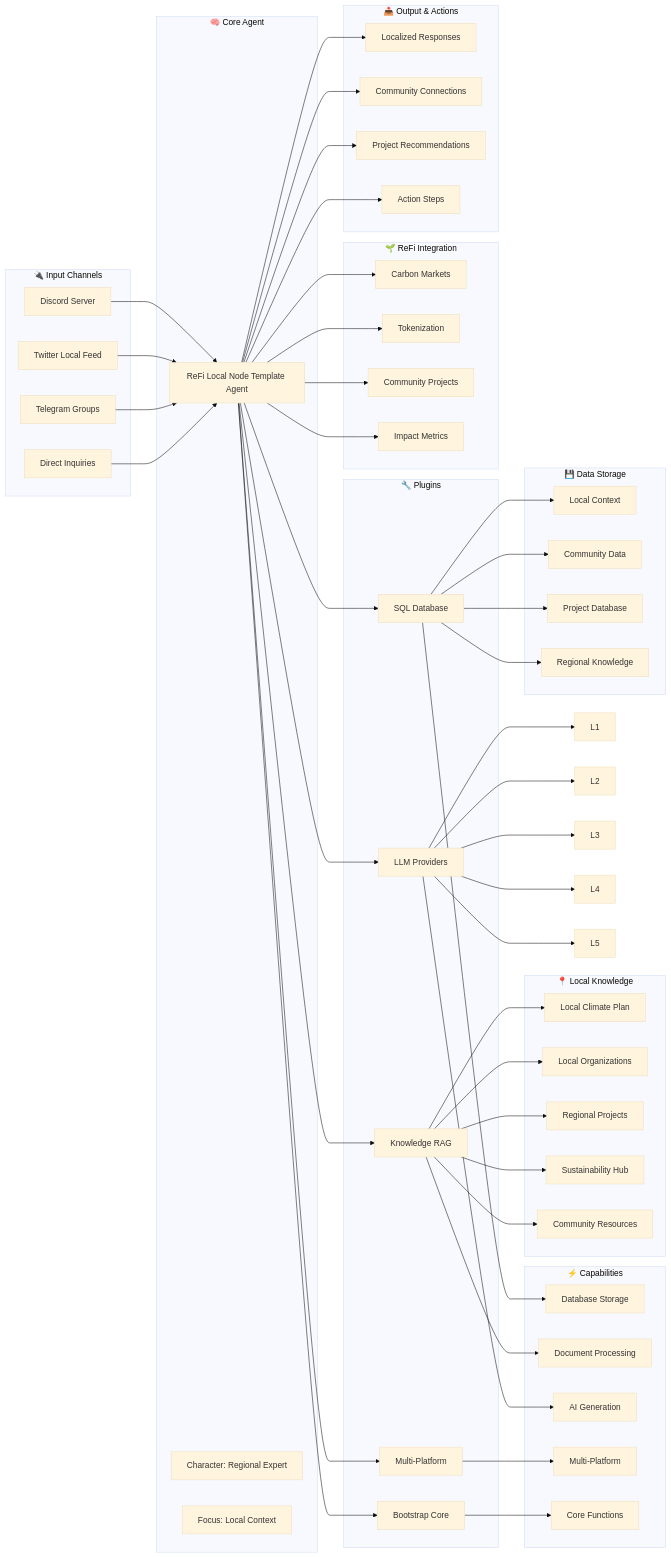
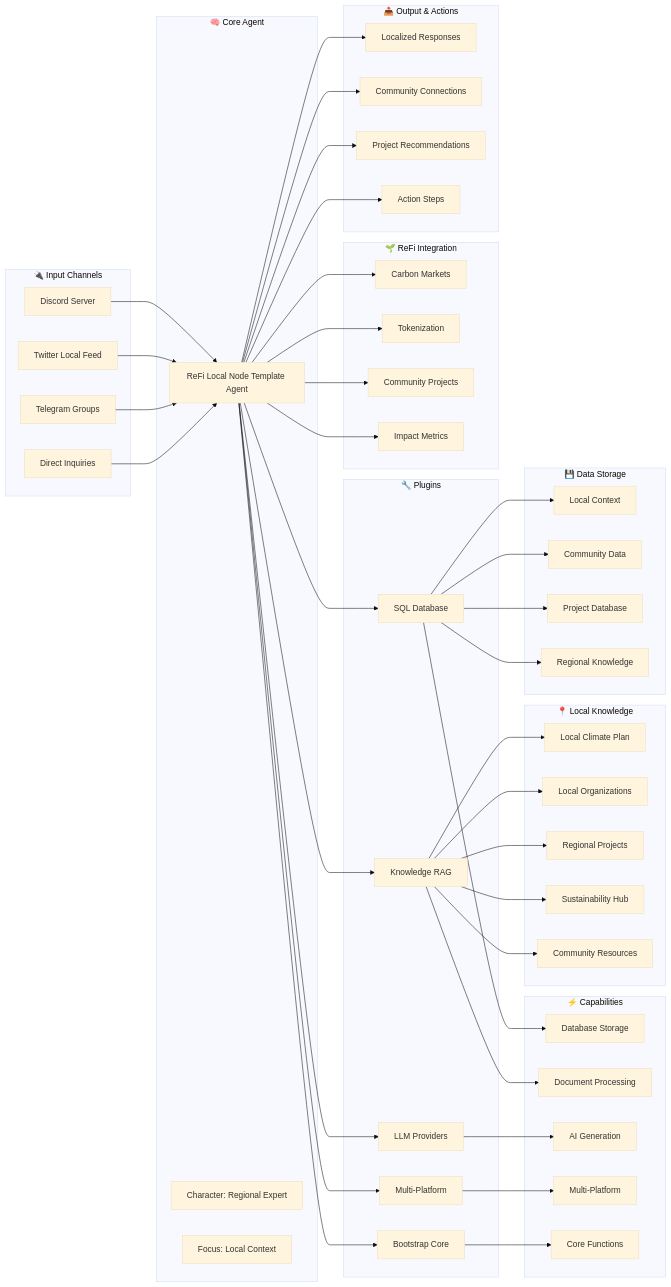
The fifth of 9 diagrams in README.md (ReFiDAO/regen_eliza-refi_dao), drawn with Mermaid (base theme) before and after one commit. The commit also changed other lines of this file, not shown here.

Commit message:
docs: fix inconsistencies in Mermaid diagrams
- Change first diagram from graph TB to graph LR for consistency
- Remove undefined L1-L5 variables from Local Node Template diagram
- Ensure all diagrams use horizontal flow (graph LR) as requested
- Clean up redundant connections and fix variable references
- Maintain consistent horizontal flow across all agent diagrams

```diff
--- a/README.md
+++ b/README.md
@@ -601,11 +601,7 @@
     A1 --> R3
     A1 --> R4
     
-    P3 --> L1
-    P3 --> L2
-    P3 --> L3
-    P3 --> L4
-    P3 --> L5
+
     
     A1 --> O1
     A1 --> O2
```
